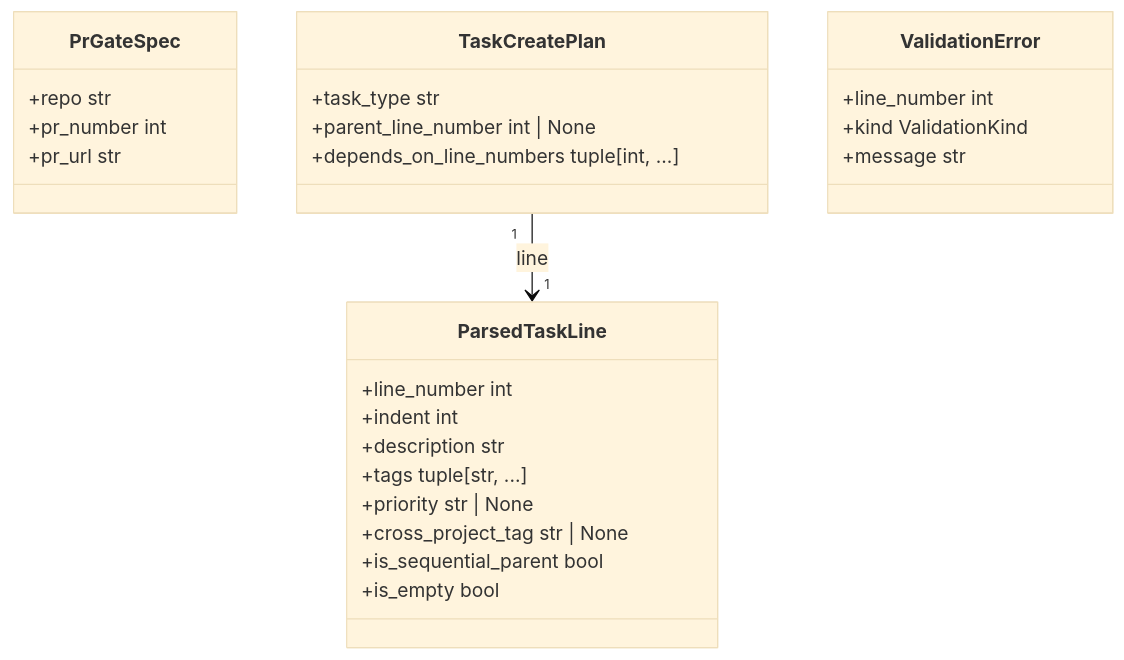
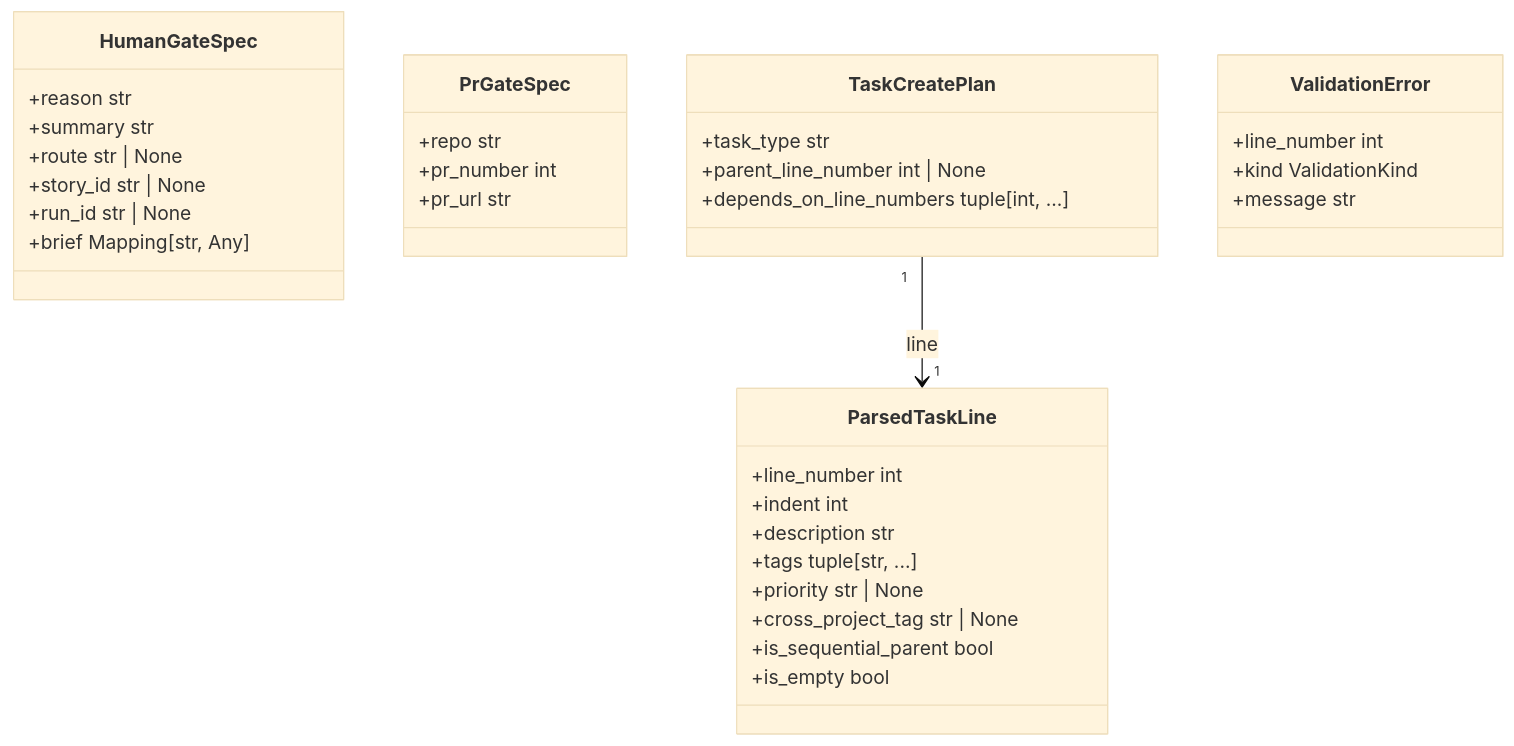
Before and after one commit to agent-lore/lithos-loom: the third of 3 diagrams in docs/generated/domain_model.md, drawn with Mermaid (base theme). The commit also changed 40 other files, not shown here.

First line of the commit message:
feat(escalation): needs-human gate on every non-delivering run (b91177d2, slice A) (#349)

````diff
--- a/docs/generated/domain_model.md
+++ b/docs/generated/domain_model.md
@@ -94,29 +94,37 @@
 ```mermaid
 classDiagram
+  class HumanGateSpec {
+    +reason str
+    +summary str
+    +route str | None
+    +story_id str | None
+    +run_id str | None
+    +brief Mapping[str, Any]
+  }
   class ParsedTaskLine {
     +line_number int
     +indent int
     +description str
     +tags tuple[str, ...]
     +priority str | None
     +cross_project_tag str | None
     +is_sequential_parent bool
     +is_empty bool
   }
   class PrGateSpec {
     +repo str
     +pr_number int
     +pr_url str
   }
   class TaskCreatePlan {
     +task_type str
     +parent_line_number int | None
     +depends_on_line_numbers tuple[int, ...]
   }
   class ValidationError {
     +line_number int
     +kind ValidationKind
     +message str
   }
   TaskCreatePlan "1" --> "1" ParsedTaskLine : line
 ```
````
